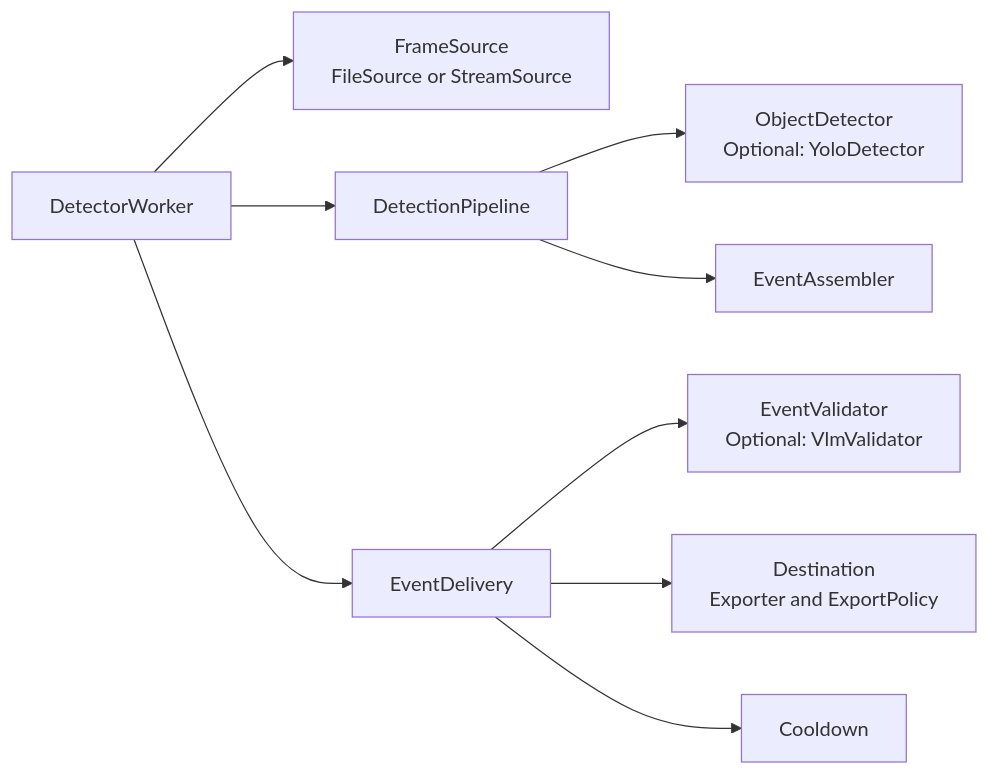
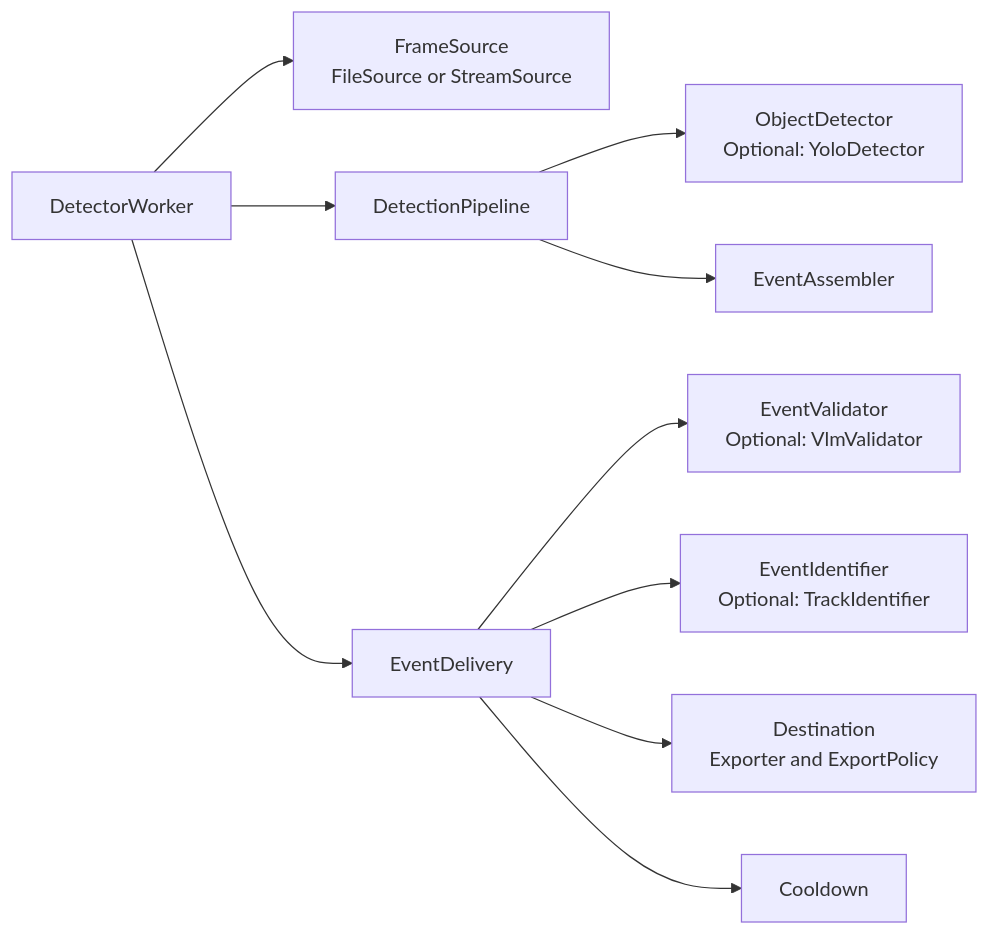
One commit to ESchouten/ai-detector changed the first of 3 diagrams in detector/ARCHITECTURE.md. Above: the diagram before and after it, drawn with Mermaid. The commit also changed other lines of this file and 29 other files, not shown here.

````diff
--- a/detector/ARCHITECTURE.md
+++ b/detector/ARCHITECTURE.md
@@ -54,11 +55,12 @@
 ```mermaid
 flowchart LR
     Worker["DetectorWorker"] --> Source["FrameSource<br/>FileSource or StreamSource"]
     Worker --> Pipeline["DetectionPipeline"]
     Worker --> Delivery["EventDelivery"]
     Pipeline --> Detector["ObjectDetector<br/>Optional: YoloDetector"]
     Pipeline --> Assembler["EventAssembler"]
     Delivery --> Validator["EventValidator<br/>Optional: VlmValidator"]
+    Delivery --> Identifier["EventIdentifier<br/>Optional: TrackIdentifier"]
     Delivery --> Destinations["Destination<br/>Exporter and ExportPolicy"]
     Delivery --> Cooldown["Cooldown"]
 ```
````
